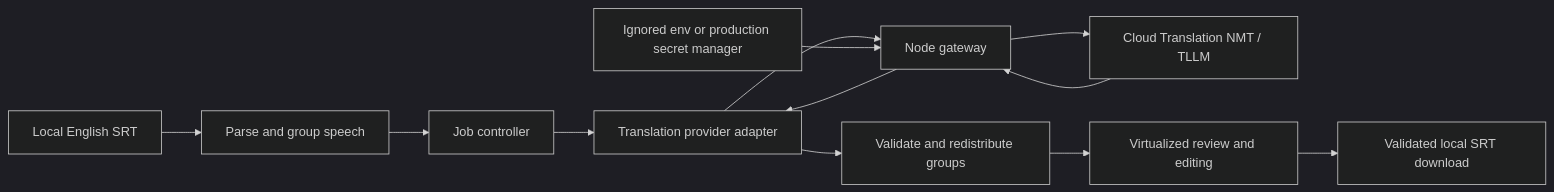
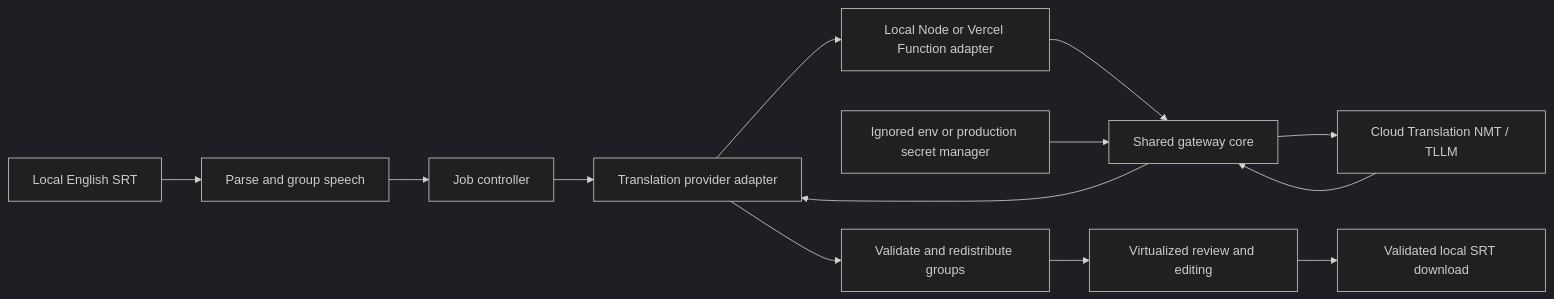
Before and after one commit to aaronkr-2026-2/cbnu-soft-eng-software-engineering-project-group-3: the diagram in docs/ARCHITECTURE.md, drawn with Mermaid (dark theme). The commit also changed other lines of this file and 30 other files, not shown here.

Commit message:
feat: deploy translation gateway on Vercel

````diff
--- a/docs/ARCHITECTURE.md
+++ b/docs/ARCHITECTURE.md
@@ -9,14 +9,15 @@
 ```mermaid
 flowchart LR
     FILE[Local English SRT] --> DOMAIN[Parse and group speech]
     DOMAIN --> JOB[Job controller]
     JOB --> CLIENT[Translation provider adapter]
-    CLIENT --> API[Node gateway]
+    CLIENT --> ADAPTER[Local Node or Vercel Function adapter]
+    ADAPTER --> API[Shared gateway core]
     SECRET[Ignored env or production secret manager] --> API
     API --> GOOGLE[Cloud Translation NMT / TLLM]
     GOOGLE --> API
     API --> CLIENT
     CLIENT --> MAP[Validate and redistribute groups]
     MAP --> UI[Virtualized review and editing]
     UI --> DOWNLOAD[Validated local SRT download]
 ```
````
